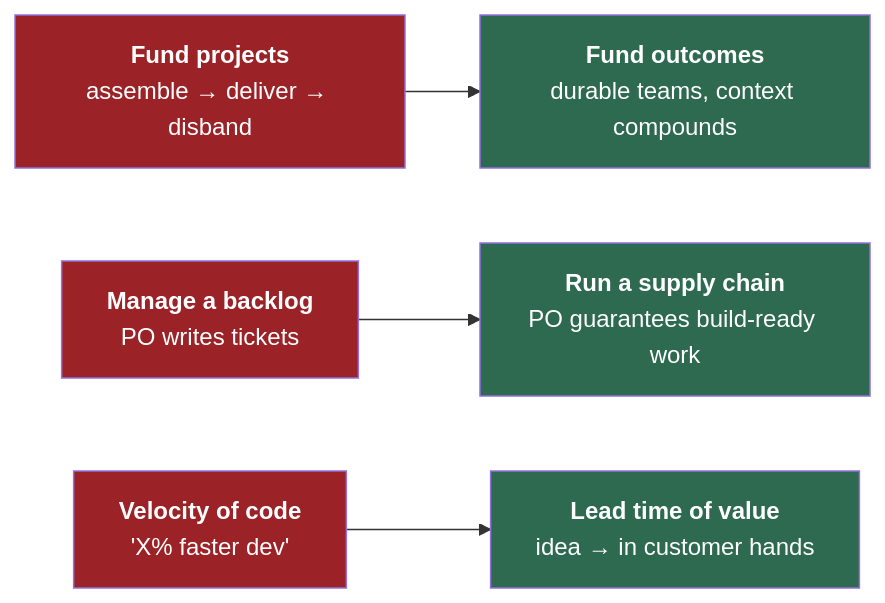
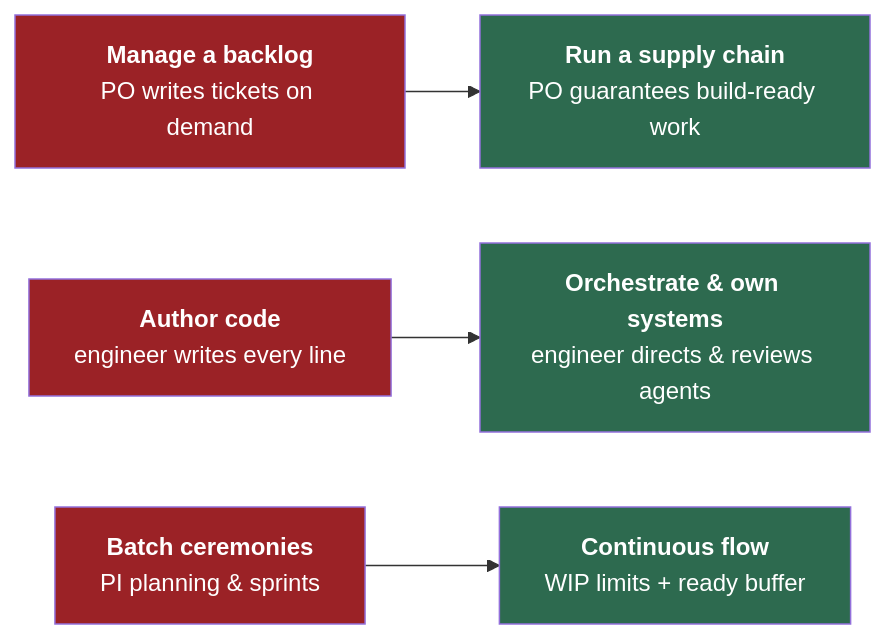
One commit to RED-Internal-Development/delivery-operating-model changed the second of 3 diagrams in docs/executive-summary.md. Above: the diagram before and after it, drawn with Mermaid. The commit also changed other lines of this file and 1 other file, not shown here.

````diff
--- a/docs/executive-summary.md
+++ b/docs/executive-summary.md
@@ -23,13 +41,13 @@
 ```mermaid
 flowchart LR
-    A["<b>Fund projects</b><br/>assemble → deliver → disband"] --> B["<b>Fund outcomes</b><br/>durable teams, context compounds"]
-    C["<b>Manage a backlog</b><br/>PO writes tickets"] --> D["<b>Run a supply chain</b><br/>PO guarantees build-ready work"]
-    E["<b>Velocity of code</b><br/>'X% faster dev'"] --> F["<b>Lead time of value</b><br/>idea → in customer hands"]
+    C["<b>Manage a backlog</b><br/>PO writes tickets on demand"] --> D["<b>Run a supply chain</b><br/>PO guarantees build-ready work"]
+    E["<b>Author code</b><br/>engineer writes every line"] --> F["<b>Orchestrate & own systems</b><br/>engineer directs & reviews agents"]
+    G["<b>Batch ceremonies</b><br/>PI planning & sprints"] --> H["<b>Continuous flow</b><br/>WIP limits + ready buffer"]
 
-    style A fill:#9b2226,color:#fff
     style C fill:#9b2226,color:#fff
     style E fill:#9b2226,color:#fff
-    style B fill:#2d6a4f,color:#fff
+    style G fill:#9b2226,color:#fff
     style D fill:#2d6a4f,color:#fff
     style F fill:#2d6a4f,color:#fff
+    style H fill:#2d6a4f,color:#fff
 ```
````
